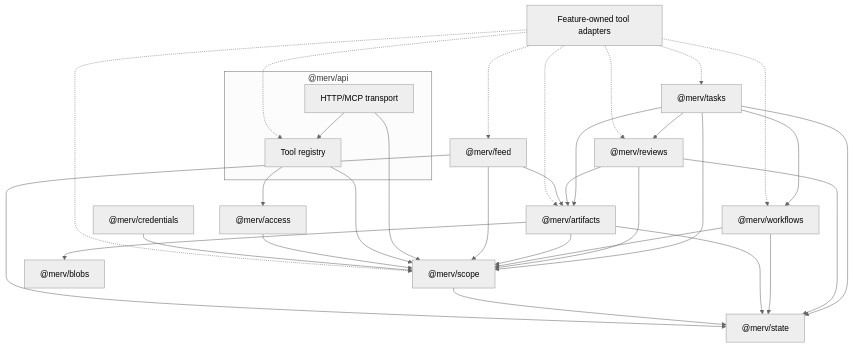
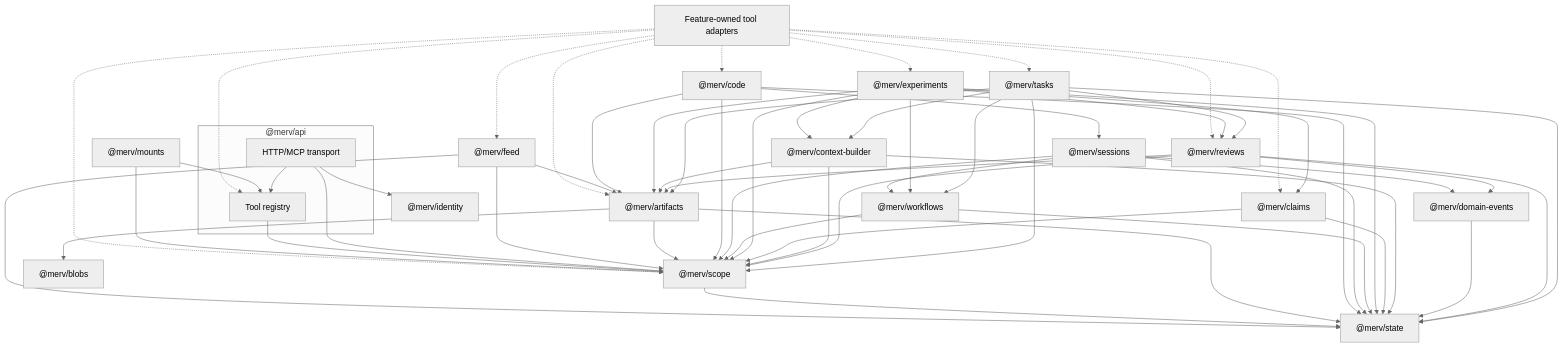
Before and after one commit to rapidreview-io/Merv: the second of 2 diagrams in merv-typescript/README.md, drawn with Mermaid (neutral theme). The commit also changed other lines of this file and 599 other files, not shown here.

````diff
--- a/merv-typescript/README.md
+++ b/merv-typescript/README.md
@@ -223,35 +282,60 @@
 ```mermaid
 flowchart TB
   Task["@merv/tasks"] --> State["@merv/state"]
   Task --> Scope["@merv/scope"]
   Task --> Workflows["@merv/workflows"]
   Task --> Artifacts["@merv/artifacts"]
   Task --> Reviews["@merv/reviews"]
   Reviews --> State
   Reviews --> Scope
   Reviews --> Artifacts
+  Reviews --> DomainEvents["@merv/domain-events"]
+  DomainEvents --> State
+  Task --> ContextBuilder["@merv/context-builder"]
+  ContextBuilder --> State
+  ContextBuilder --> Scope
+  ContextBuilder --> Artifacts
+  Claims["@merv/claims"] --> State
+  Claims --> Scope
+  Experiments["@merv/experiments"] --> State
+  Experiments --> Scope
+  Experiments --> Claims
+  Experiments --> Artifacts
+  Experiments --> Workflows
+  Experiments --> Reviews
+  Experiments --> ContextBuilder
   Workflows --> State
   Workflows --> Scope
+  Sessions["@merv/sessions"] --> State
+  Sessions --> Scope
+  Sessions --> Workflows
+  Sessions --> DomainEvents
+  Code["@merv/code"] --> State
+  Code --> Scope
+  Code --> Sessions
+  Code --> Artifacts
   Artifacts --> State
   Artifacts --> Scope
   Artifacts --> Blobs["@merv/blobs"]
   Scope --> State
   Feed["@merv/feed"] --> State
   Feed --> Scope
   Feed --> Artifacts
   subgraph API["@merv/api"]
     HTTP["HTTP/MCP transport"] --> Tools["Tool registry"]
   end
   HTTP --> Scope
+  HTTP --> Identity["@merv/identity"]
   Tools --> Scope
-  Tools --> Access["@merv/access"]
-  Access --> Scope
-  Credentials["@merv/credentials"] --> Scope
+  Mounts["@merv/mounts"] --> Scope
+  Mounts --> Tools
   Adapters["Feature-owned tool adapters"] -.-> Tools
   Adapters -.-> Task
   Adapters -.-> Artifacts
   Adapters -.-> Reviews
-  Adapters -.-> Workflows
   Adapters -.-> Scope
   Adapters -.-> Feed
+  Adapters -.-> Code
+  Adapters -.-> Claims
+  Adapters -.-> Experiments
 ```
````
